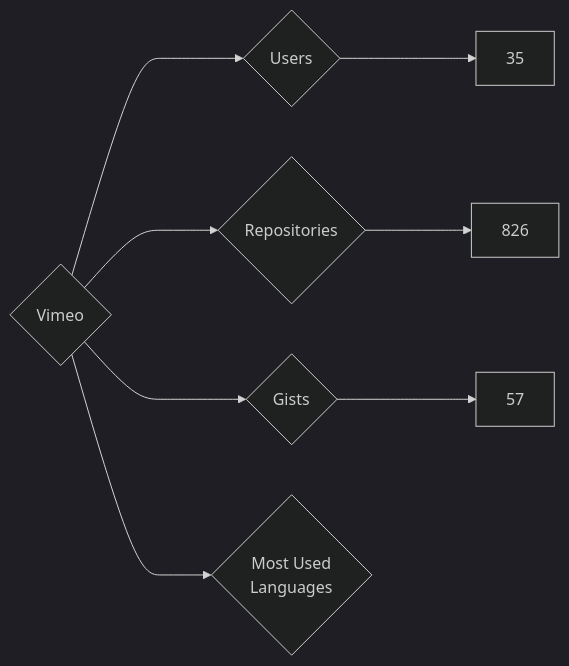
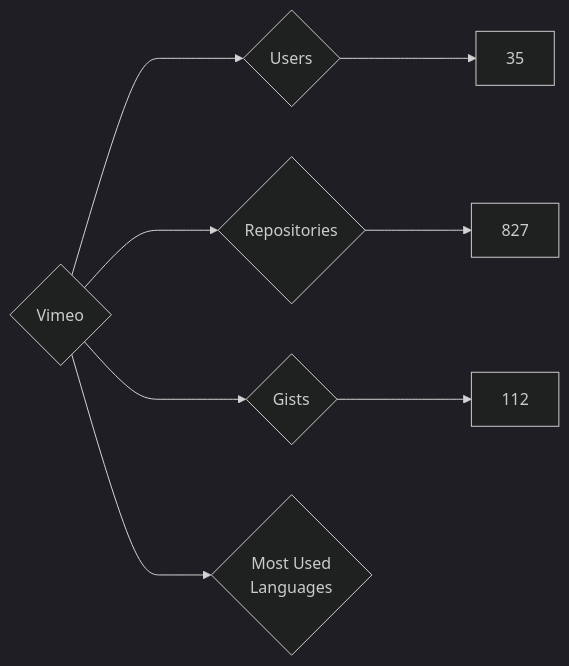
One commit to nenadzaric/insiders changed the diagram in targets/Vimeo/README.md. Above: the diagram before and after it, drawn with Mermaid (dark theme). The commit also changed 1342 other files, not shown here.

````diff
--- a/targets/Vimeo/README.md
+++ b/targets/Vimeo/README.md
@@ -3,8 +3,8 @@
 ```mermaid
 graph LR
 COMPANY_NAME{Vimeo}
 COMPANY_NAME ---> U{Users} ---> UN[35]
-COMPANY_NAME ---> R{Repositories} ---> RN[826]
-COMPANY_NAME ---> G{Gists} ---> GN[57]
+COMPANY_NAME ---> R{Repositories} ---> RN[827]
+COMPANY_NAME ---> G{Gists} ---> GN[112]
 COMPANY_NAME ---> ML{Most Used<br>Languages}
 ```
````
